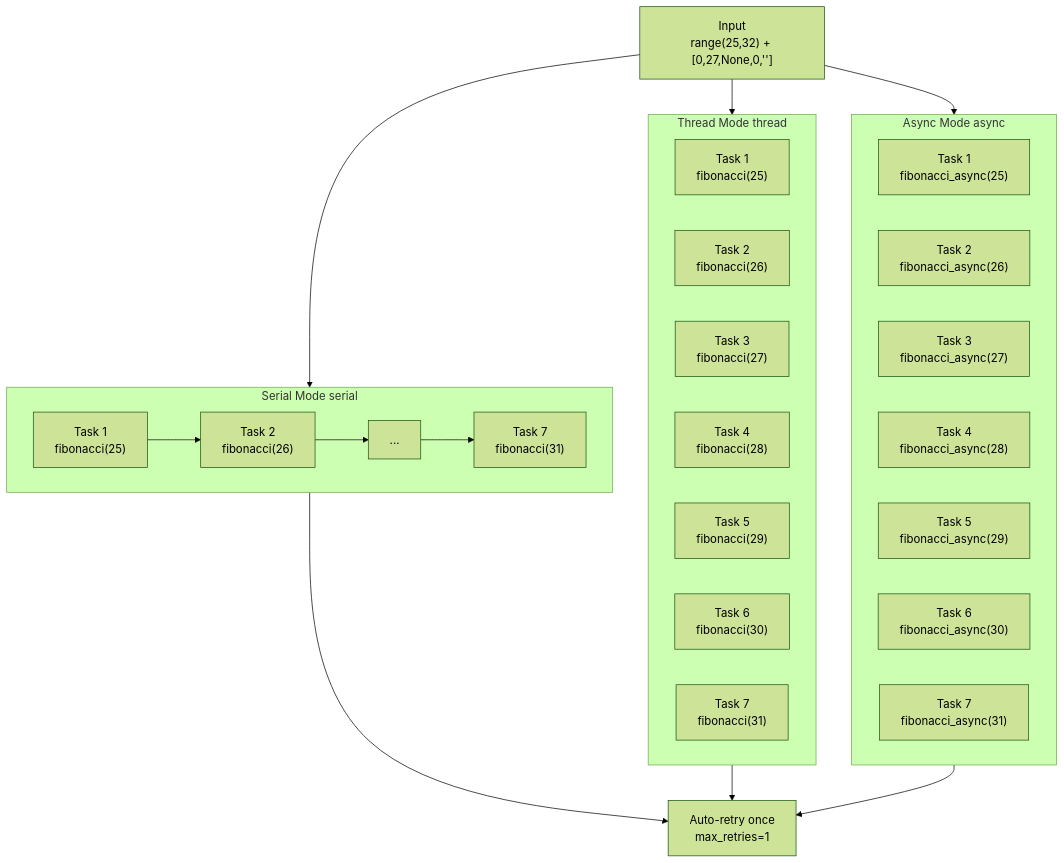
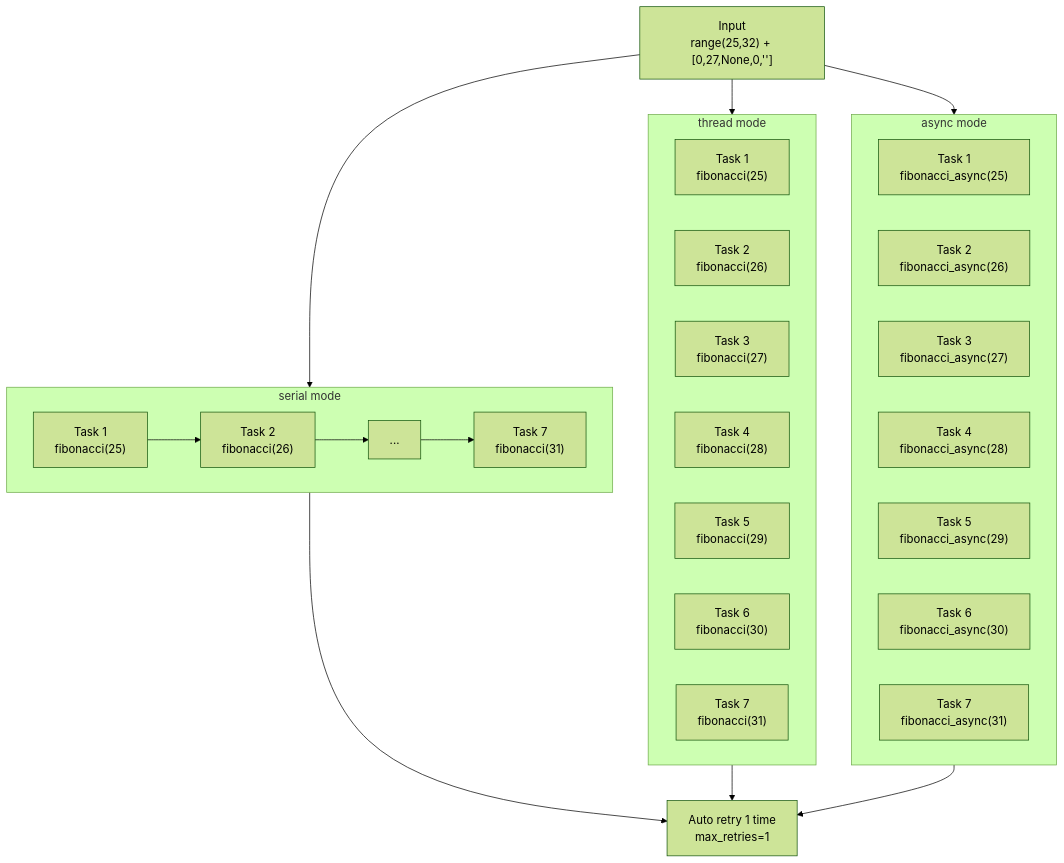
Before and after one commit to Mr-xiaotian/CelestialFlow: the diagram in docs/en/demo/demo_executor.md, drawn with Mermaid (forest theme). The commit also changed other lines of this file and 278 other files, not shown here.

````diff
--- a/docs/en/demo/demo_executor.md
+++ b/docs/en/demo/demo_executor.md
@@ -13,39 +13,39 @@
 ```mermaid
 flowchart TB
-    subgraph Serial["Serial Mode serial"]
+    subgraph Serial["serial mode"]
         direction LR
         T1_1["Task 1<br/>fibonacci(25)"] --> T1_2["Task 2<br/>fibonacci(26)"]
         T1_2 --> T1_3["..."]
         T1_3 --> T1_4["Task 7<br/>fibonacci(31)"]
     end
 
-    subgraph Thread["Thread Mode thread"]
+    subgraph Thread["thread mode"]
         direction LR
         T2_1["Task 1<br/>fibonacci(25)"]
         T2_2["Task 2<br/>fibonacci(26)"]
         T2_3["Task 3<br/>fibonacci(27)"]
         T2_4["Task 4<br/>fibonacci(28)"]
         T2_5["Task 5<br/>fibonacci(29)"]
         T2_6["Task 6<br/>fibonacci(30)"]
         T2_7["Task 7<br/>fibonacci(31)"]
     end
 
-    subgraph Async["Async Mode async"]
+    subgraph Async["async mode"]
         direction LR
         T3_1["Task 1<br/>fibonacci_async(25)"]
         T3_2["Task 2<br/>fibonacci_async(26)"]
         T3_3["Task 3<br/>fibonacci_async(27)"]
         T3_4["Task 4<br/>fibonacci_async(28)"]
         T3_5["Task 5<br/>fibonacci_async(29)"]
         T3_6["Task 6<br/>fibonacci_async(30)"]
         T3_7["Task 7<br/>fibonacci_async(31)"]
     end
 
     Input["Input<br/>range(25,32) + [0,27,None,0,'']"] --> Serial
     Input --> Thread
     Input --> Async
 
-    Serial --> Retry["Auto-retry once<br/>max_retries=1"]
+    Serial --> Retry["Auto retry 1 time<br/>max_retries=1"]
     Thread --> Retry
     Async --> Retry
 ```
````
